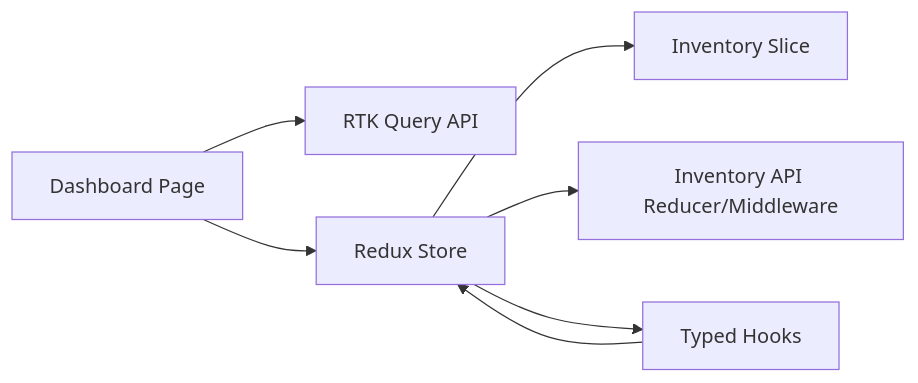
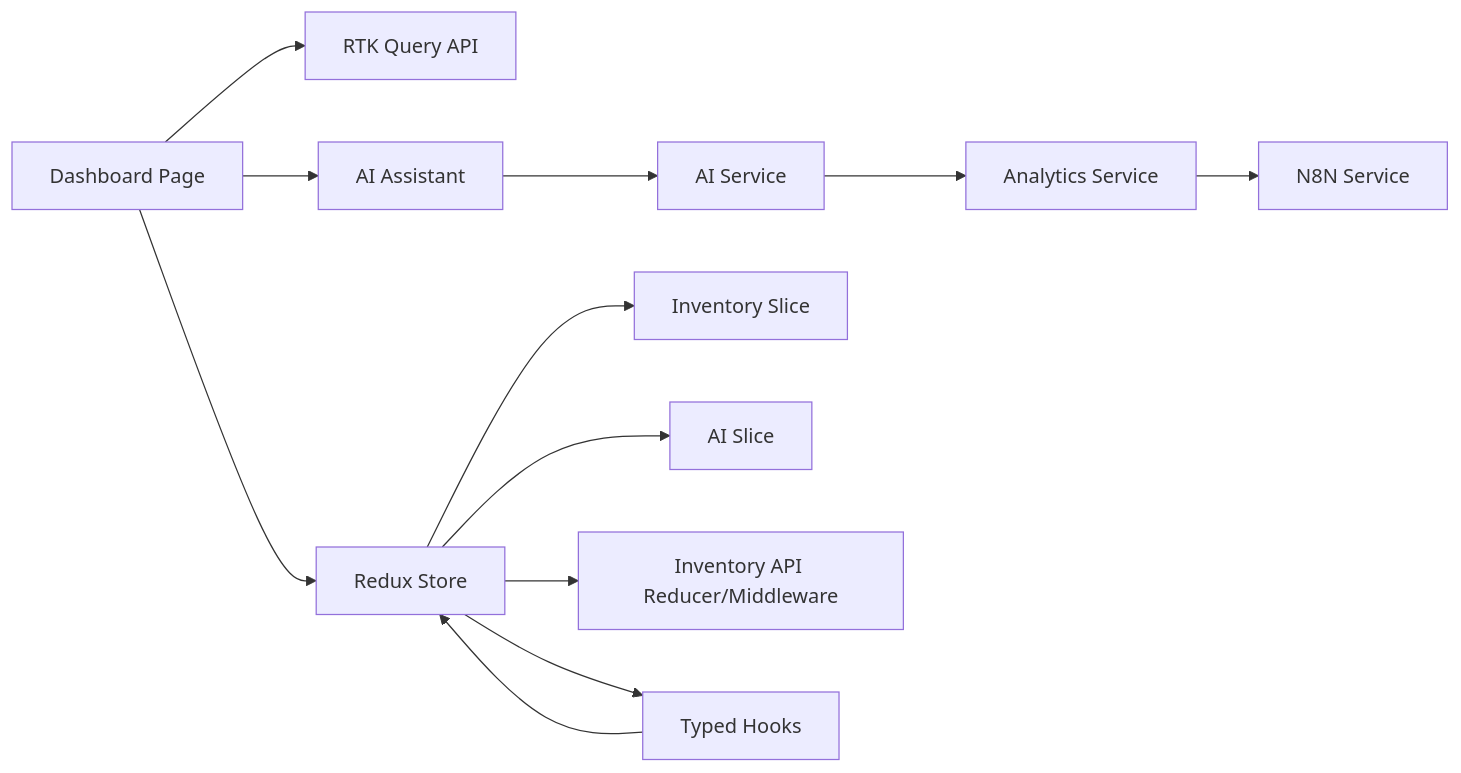
Before and after one commit to cacamarica/dashboard-ai: diagram 11 of 11 in .qoder/repowiki/en/content/Core Features/Dashboard Interface.md, drawn with Mermaid. The commit also changed other lines of this file and 14 other files, not shown here.

````diff
--- a/.qoder/repowiki/en/content/Core Features/Dashboard Interface.md
+++ b/.qoder/repowiki/en/content/Core Features/Dashboard Interface.md
@@ -320,9 +524,14 @@
 ```mermaid
 graph LR
 DP["Dashboard Page"] --> API["RTK Query API"]
 DP --> ST["Redux Store"]
+DP --> AIAssistant["AI Assistant"]
+AIAssistant --> AIService["AI Service"]
+AIService --> AnalyticsService["Analytics Service"]
+AnalyticsService --> N8NService["N8N Service"]
 ST --> IS["Inventory Slice"]
+ST --> AISlice["AI Slice"]
 ST --> IQ["Inventory API Reducer/Middleware"]
 ST --> US["Typed Hooks"]
 US --> ST
 ```
````
